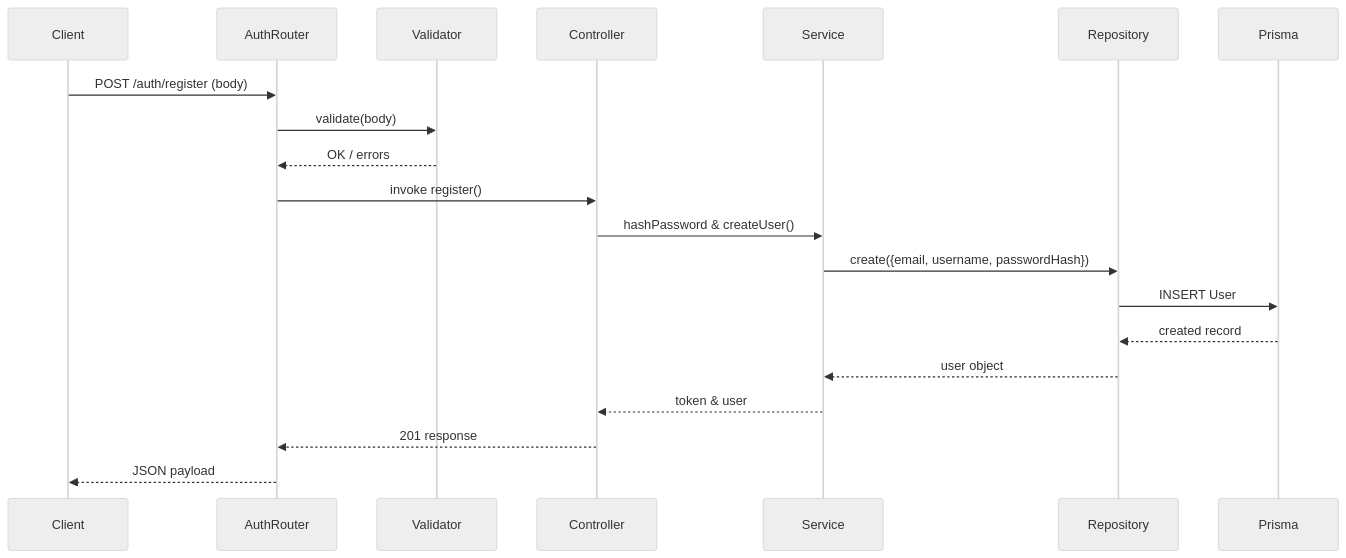
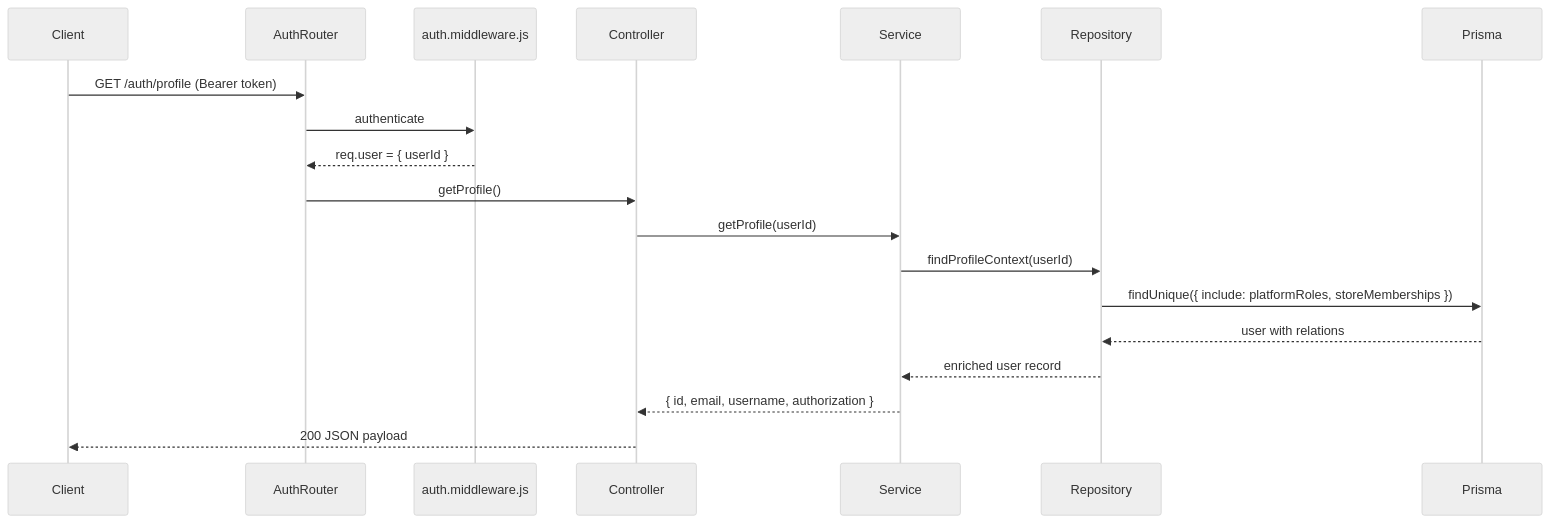
Before and after one commit to BOT-Parth/ecom-lite-architecture: the diagram in docs/01-authentication.md, drawn with Mermaid (neutral theme). The commit also changed other lines of this file and 8 other files, not shown here.

Commit message:
Update architecture after Milestone 5

````diff
--- a/docs/01-authentication.md
+++ b/docs/01-authentication.md
@@ -111,22 +171,21 @@
 ```mermaid
 sequenceDiagram
     participant Client
     participant Router as AuthRouter
-    participant Validator
+    participant AuthMW as auth.middleware.js
     participant Controller
     participant Service
     participant Repository
     participant Prisma
-    Client->>Router: POST /auth/register (body)
-    Router->>Validator: validate(body)
-    Validator-->>Router: OK / errors
-    Router->>Controller: invoke register()
-    Controller->>Service: hashPassword & createUser()
-    Service->>Repository: create({email, username, passwordHash})
-    Repository->>Prisma: INSERT User
-    Prisma-->>Repository: created record
-    Repository-->>Service: user object
-    Service-->>Controller: token & user
-    Controller-->>Router: 201 response
-    Router-->>Client: JSON payload
+    Client->>Router: GET /auth/profile (Bearer token)
+    Router->>AuthMW: authenticate
+    AuthMW-->>Router: req.user = { userId }
+    Router->>Controller: getProfile()
+    Controller->>Service: getProfile(userId)
+    Service->>Repository: findProfileContext(userId)
+    Repository->>Prisma: findUnique({ include: platformRoles, storeMemberships })
+    Prisma-->>Repository: user with relations
+    Repository-->>Service: enriched user record
+    Service-->>Controller: { id, email, username, authorization }
+    Controller-->>Client: 200 JSON payload
 ```
````
